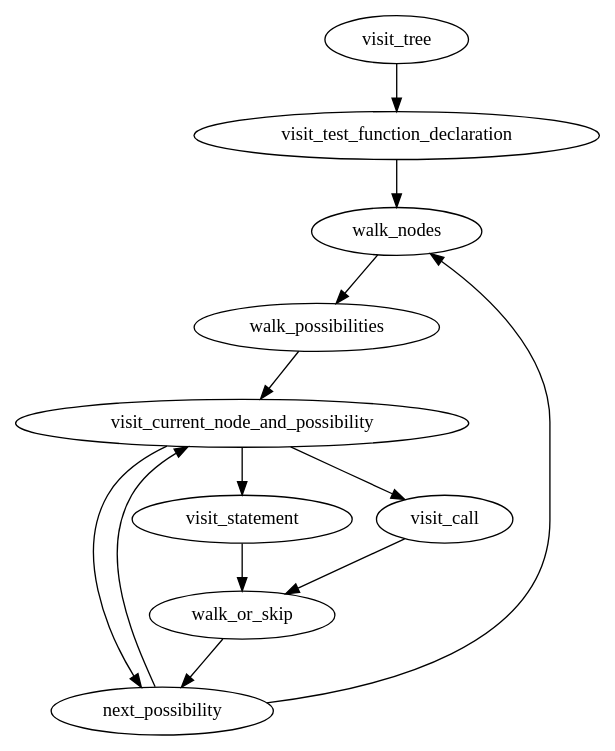
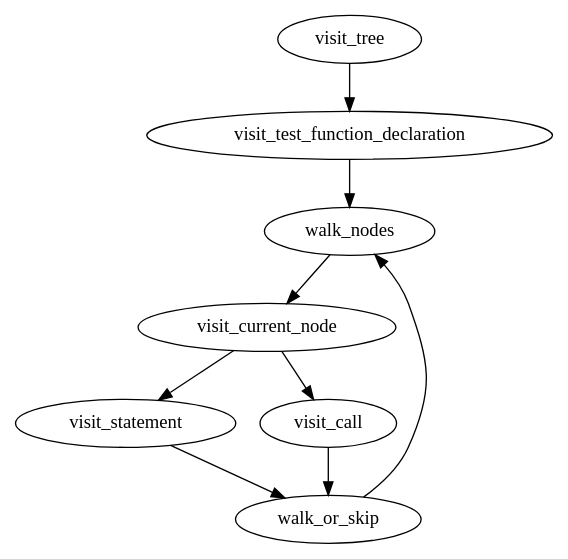
The diagram in docs/go_call_graph.dot (trailofbits/necessist), drawn with Graphviz before and after one commit. The commit also changed 1 other file, not shown here.

```diff
--- a/docs/go_call_graph.dot
+++ b/docs/go_call_graph.dot
@@ -1,14 +1,10 @@
 digraph {
     visit_tree -> visit_test_function_declaration;
     visit_test_function_declaration -> walk_nodes;
     visit_statement -> walk_or_skip;
     visit_call -> walk_or_skip;
-    walk_or_skip -> next_possibility;
-    walk_nodes -> walk_possibilities;
-    walk_possibilities -> visit_current_node_and_possibility;
-    next_possibility -> visit_current_node_and_possibility;
-    next_possibility -> walk_nodes;
-    visit_current_node_and_possibility -> visit_statement;
-    visit_current_node_and_possibility -> visit_call;
-    visit_current_node_and_possibility -> next_possibility;
+    walk_or_skip -> walk_nodes;
+    walk_nodes -> visit_current_node;
+    visit_current_node -> visit_statement;
+    visit_current_node -> visit_call;
 }
```
